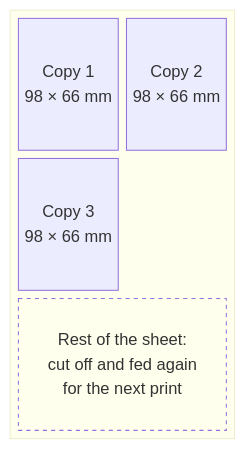
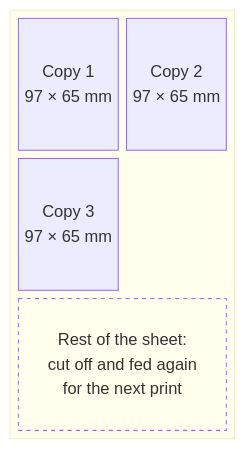
One commit to momentobooth/momentobooth changed the third of 3 diagrams in documentation/src/settings_print_routing.md. Above: the diagram before and after it, drawn with Mermaid. The commit also changed other lines of this file and 5 other files, not shown here.

````diff
--- a/documentation/src/settings_print_routing.md
+++ b/documentation/src/settings_print_routing.md
@@ -129,15 +129,15 @@
 ```mermaid
 ---
 config:
   block:
     useMaxWidth: false
 ---
 block-beta
     block:sheet
         columns 2
-        copy1["Copy 1<br>98 × 66 mm"] copy2["Copy 2<br>98 × 66 mm"]
-        copy3["Copy 3<br>98 × 66 mm"] space
+        copy1["Copy 1<br>97 × 65 mm"] copy2["Copy 2<br>97 × 65 mm"]
+        copy3["Copy 3<br>97 × 65 mm"] space
         rest["<br>Rest of the sheet:<br>cut off and fed again<br>for the next print<br><br>"]:2
     end
     style rest fill:none,stroke-dasharray:4 4
 ```
````
